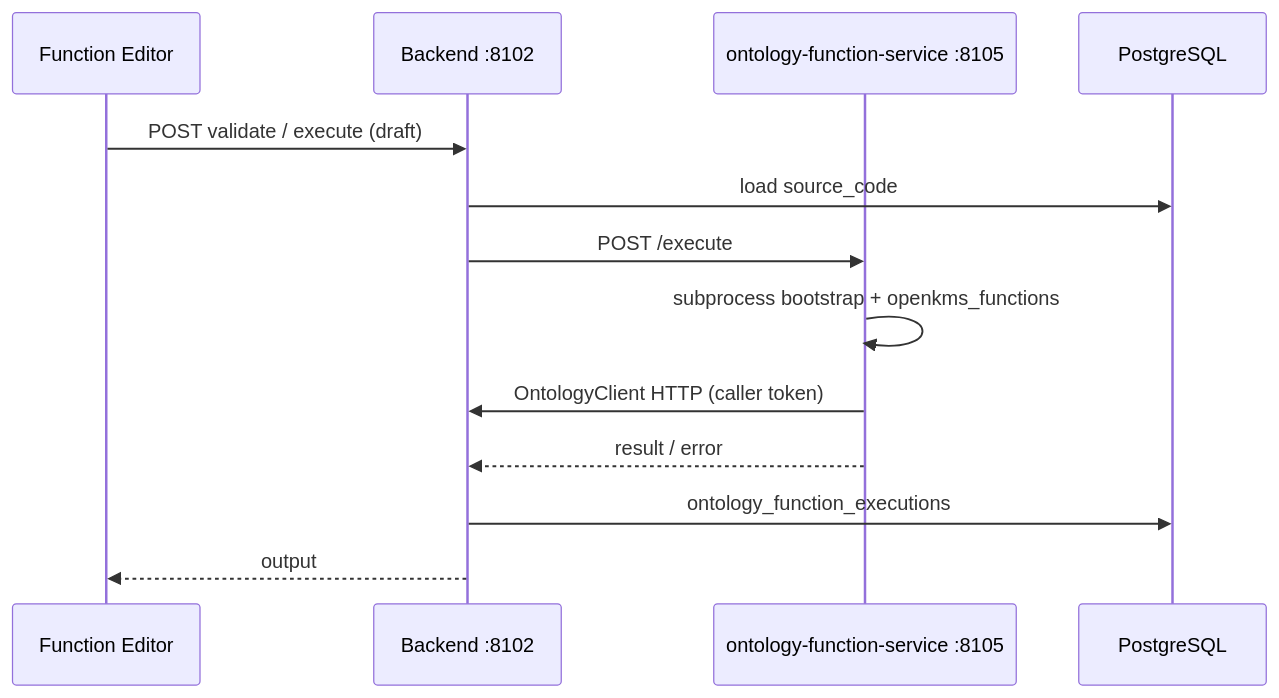
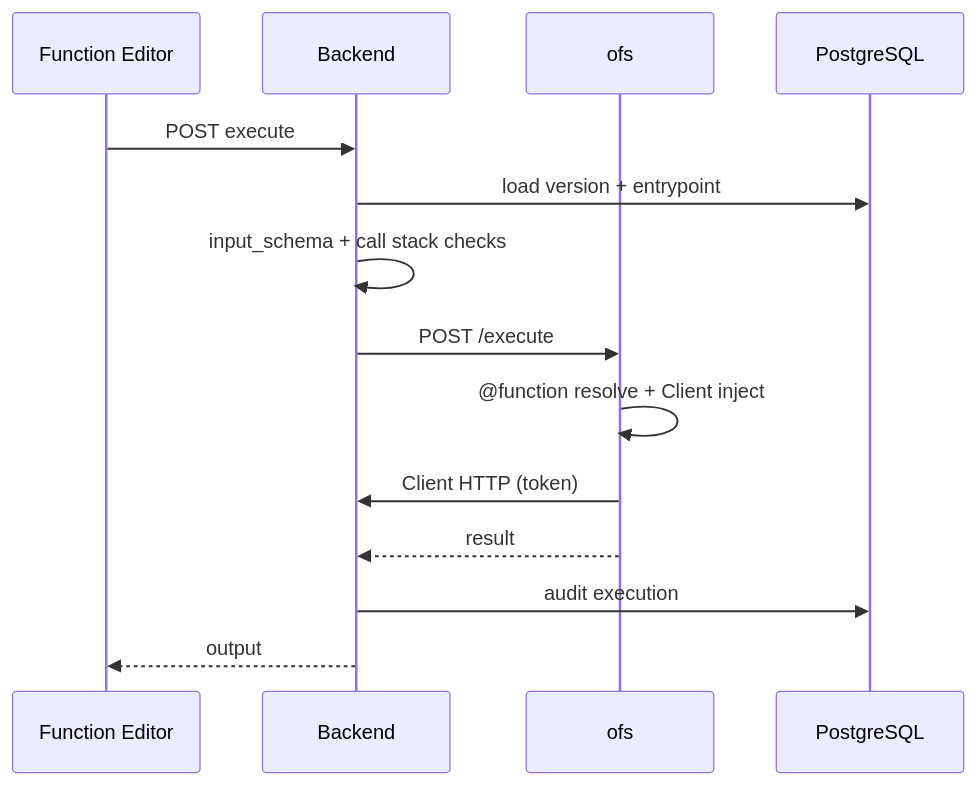
The second of 2 diagrams in docs/research/ontology_functions_and_actions.md (yingrui/openKMS), drawn with Mermaid before and after one commit. The commit also changed other lines of this file and 51 other files, not shown here.

First line of the commit message:
Align Ontology Functions with Palantir-style OSDK authoring.

````diff
--- a/docs/research/ontology_functions_and_actions.md
+++ b/docs/research/ontology_functions_and_actions.md
@@ -73,16 +112,17 @@
 ```mermaid
 sequenceDiagram
   participant FE as Function Editor
-  participant BE as Backend :8102
-  participant OFS as ontology-function-service :8105
+  participant BE as Backend
+  participant OFS as ofs
   participant PG as PostgreSQL
 
-  FE->>BE: POST validate / execute (draft)
-  BE->>PG: load source_code
+  FE->>BE: POST execute
+  BE->>PG: load version + entrypoint
+  BE->>BE: input_schema + call stack checks
   BE->>OFS: POST /execute
-  OFS->>OFS: subprocess bootstrap + openkms_functions
-  OFS->>BE: OntologyClient HTTP (caller token)
-  OFS-->>BE: result / error
-  BE->>PG: ontology_function_executions
+  OFS->>OFS: @function resolve + Client inject
+  OFS->>BE: Client HTTP (token)
+  OFS-->>BE: result
+  BE->>PG: audit execution
   BE-->>FE: output
 ```
````
